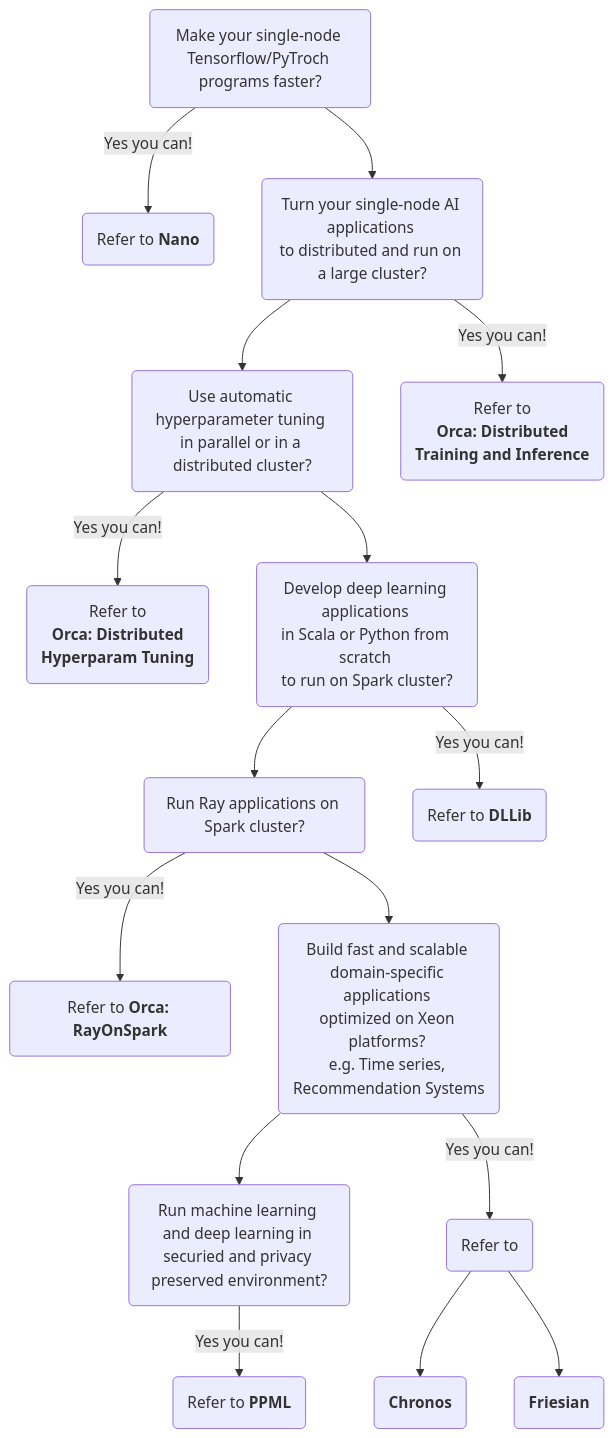
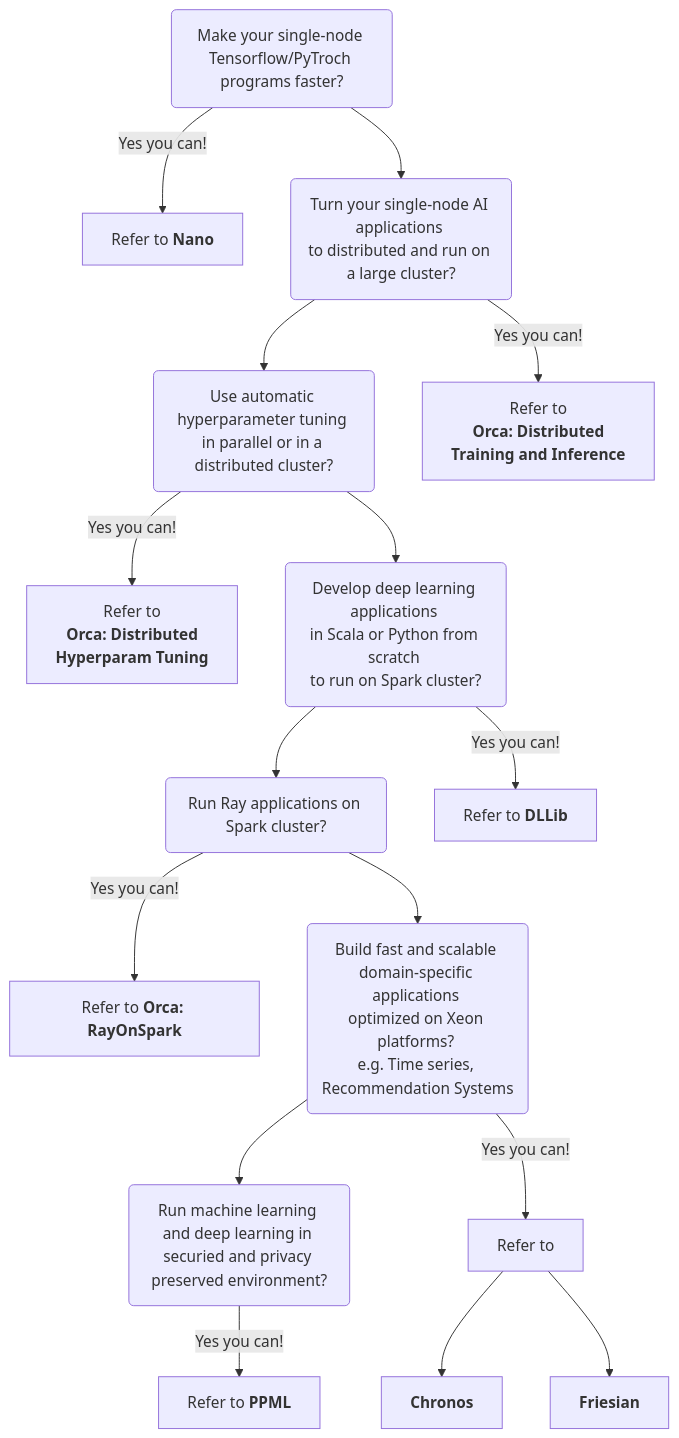
One commit to intel-analytics/ipex-llm changed the diagram in README.md. Above: the diagram before and after it, drawn with Mermaid. The commit also changed other lines of this file, not shown here.

````diff
--- a/README.md
+++ b/README.md
@@ -47,25 +47,25 @@
 ```mermaid
 flowchart TD;
-    Feature1(Make your single-node <br/>Tensorflow/PyTroch programs faster?)-- Yes you can! -->Refer1(Refer to <b>Nano</b>);
+    Feature1(Make your single-node <br/>Tensorflow/PyTroch programs faster?)-- Yes you can! -->Refer1[Refer to <b>Nano</b>];
     Feature1-->Feature2(Turn your single-node AI applications <br/>to distributed and run on a large cluster?);
     Feature2 --> Feature3(Use automatic hyperparameter tuning <br/>in parallel or in a distributed cluster?);
-    Feature2-- Yes you can! -->Refer2(Refer to <br/><b>Orca: Distributed<br/> Training and Inference</b>);
-    Feature3 -- Yes you can! --> Refer3(Refer to <br/><b>Orca: Distributed<br/> Hyperparam Tuning</b>);
+    Feature2-- Yes you can! -->Refer2[Refer to <br/><b>Orca: Distributed<br/> Training and Inference</b>];
+    Feature3 -- Yes you can! --> Refer3[Refer to <br/><b>Orca: Distributed<br/> Hyperparam Tuning</b>];
     Feature3 --> Feature4(Develop deep learning applications <br/>in Scala or Python from scratch <br/>to run on Spark cluster?);
     Feature4 --> Feature5(Run Ray applications on Spark cluster?);
-    Feature4 -- Yes you can! --> Refer4(Refer to <b>DLLib</b>);
-    Feature5 -- Yes you can! --> Refer5(Refer to <b>Orca: RayOnSpark</b>);
+    Feature4 -- Yes you can! --> Refer4[Refer to <b>DLLib</b>];
+    Feature5 -- Yes you can! --> Refer5[Refer to <b>Orca: RayOnSpark</b>];
     Feature5 --> Feature6(Build fast and scalable domain-specific applications <br/>optimized on Xeon platforms? <br/>e.g. Time series, Recommendation Systems)
     Feature6 --> Feature7(Run machine learning and deep learning in securied and privacy preserved environment?);
-    Feature6 -- Yes you can! --> Refer6(Refer to)
-    Refer6 --> Refer6a(<b>Chronos</b>) & Refer6b(<b>Friesian</b>);
-    Feature7 -- Yes you can! --> Refer7(Refer to <b>PPML</b>);
+    Feature6 -- Yes you can! --> Refer6[Refer to];
+    Refer6 --> Refer6a[<b>Chronos</b>] & Refer6b[<b>Friesian</b>];
+    Feature7 -- Yes you can! --> Refer7[Refer to <b>PPML</b>];
     
     click Refer1 "https://bigdl.readthedocs.io/en/latest/doc/Nano/Overview/nano.html" "Refer to Nano" _parent
     click Refer2 "https://bigdl.readthedocs.io/en/latest/doc/Orca/Overview/distributed-training-inference.html"
     click Refer3 "https://bigdl.readthedocs.io/en/latest/doc/Orca/Overview/distributed-tuning.html"
     click Refer4 "https://bigdl.readthedocs.io/en/latest/doc/DLlib/Overview/dllib.html"
     click Refer5 "https://bigdl.readthedocs.io/en/latest/doc/Ray/Overview/ray.html"
     click Refer6a "https://bigdl.readthedocs.io/en/latest/doc/Chronos/Overview/chronos.html"
     click Refer7 "https://bigdl.readthedocs.io/en/latest/doc/PPML/Overview/ppml.html"
 ```
````
